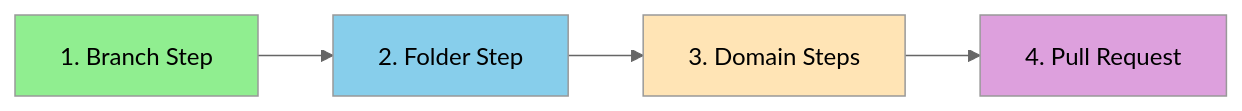
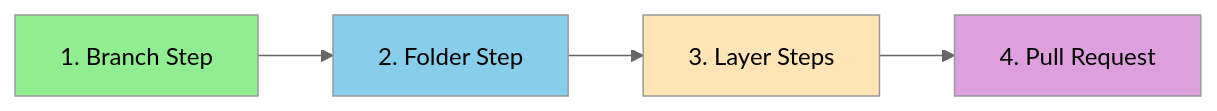
Before and after one commit to thiagobutignon/spec-kit-clean-archicteture: the first of 3 diagrams in .claude/commands/03-generate-layer-code.md, drawn with Mermaid (neutral theme). The commit also changed other lines of this file and 8 other files, not shown here.

````diff
--- a/.claude/commands/03-generate-layer-code.md
+++ b/.claude/commands/03-generate-layer-code.md
@@ -78,10 +78,10 @@
 ```mermaid
 graph LR
     A[1. Branch Step] --> B[2. Folder Step]
-    B --> C[3. Domain Steps]
+    B --> C[3. Layer Steps]
     C --> D[4. Pull Request]
     style A fill:#90EE90
     style B fill:#87CEEB
     style C fill:#FFE4B5
     style D fill:#DDA0DD
 ```
````
